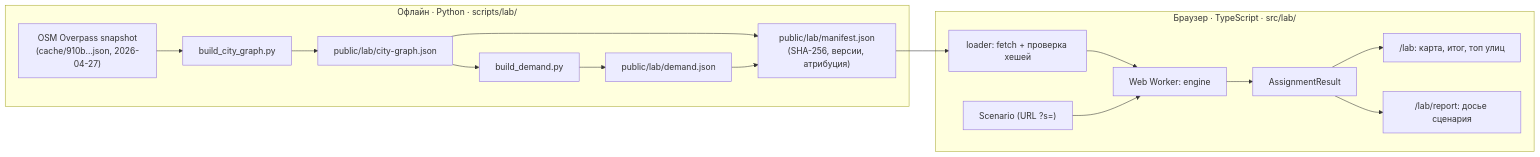
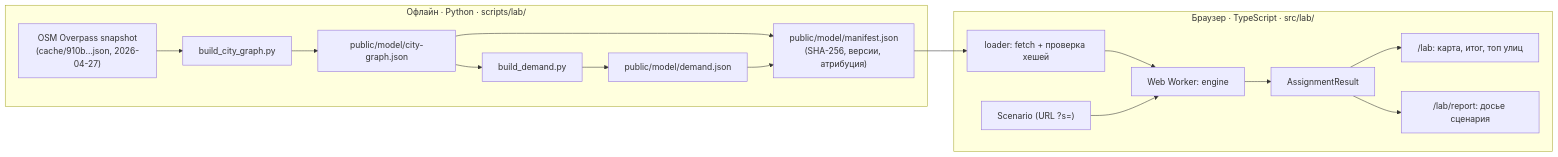
One commit to kvozianov/almaty-traffic-lab changed the diagram in docs/TECH_DESIGN.md. Above: the diagram before and after it, drawn with Mermaid. The commit also changed other lines of this file and 106 other files, not shown here.

````diff
--- a/docs/TECH_DESIGN.md
+++ b/docs/TECH_DESIGN.md
@@ -7,18 +7,18 @@
 ```mermaid
 flowchart LR
     subgraph Py["Офлайн · Python · scripts/lab/"]
         O["OSM Overpass snapshot\n(cache/910b…json, 2026-04-27)"] --> G["build_city_graph.py"]
-        G --> CG["public/lab/city-graph.json"]
+        G --> CG["public/model/city-graph.json"]
         CG --> D["build_demand.py"]
-        D --> DM["public/lab/demand.json"]
-        CG & DM --> M["public/lab/manifest.json\n(SHA-256, версии, атрибуция)"]
+        D --> DM["public/model/demand.json"]
+        CG & DM --> M["public/model/manifest.json\n(SHA-256, версии, атрибуция)"]
     end
     subgraph Web["Браузер · TypeScript · src/lab/"]
         M --> L["loader: fetch + проверка хешей"]
         L --> W["Web Worker: engine"]
         S["Scenario (URL ?s=)"] --> W
         W --> R["AssignmentResult"]
         R --> UI["/lab: карта, итог, топ улиц"]
         R --> REP["/lab/report: досье сценария"]
     end
 ```
````
